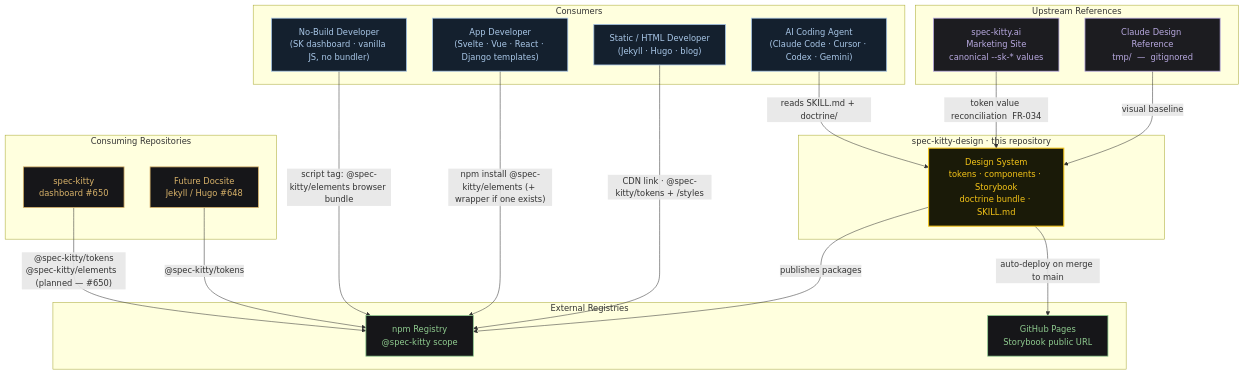
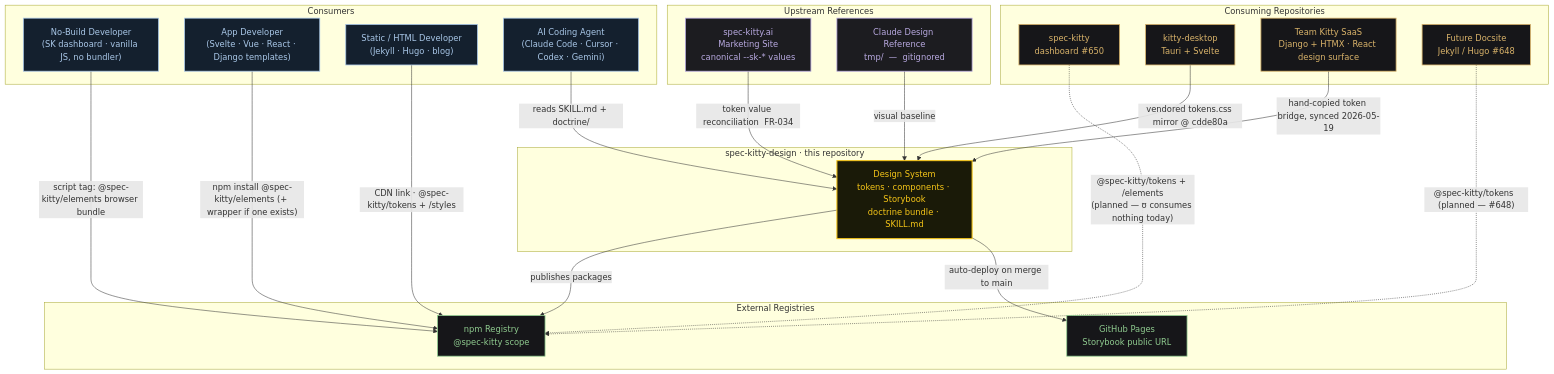
The diagram in docs/architecture/assets/c4-l1-system-context.mmd (spec-kitty/spec-kitty-design), drawn with Mermaid before and after one commit. The commit also changed 3 other files, not shown here.

```diff
--- a/docs/architecture/assets/c4-l1-system-context.mmd
+++ b/docs/architecture/assets/c4-l1-system-context.mmd
@@ -1,54 +1,58 @@
 %%THEME%%
 
 flowchart TB
     subgraph Consumers["Consumers"]
         nobuild_dev["No-Build Developer\n(SK dashboard · vanilla JS, no bundler)"]
         app_dev["App Developer\n(Svelte · Vue · React · Django templates)"]
         html_dev["Static / HTML Developer\n(Jekyll · Hugo · blog)"]
         agent["AI Coding Agent\n(Claude Code · Cursor · Codex · Gemini)"]
     end
 
     subgraph DS["spec-kitty-design  ·  this repository"]
         ds["Design System\ntokens · components · Storybook\ndoctrine bundle · SKILL.md"]
     end
 
     subgraph Registries["External Registries"]
         npm["npm Registry\n@spec-kitty scope"]
         pages["GitHub Pages\nStorybook public URL"]
     end
 
     subgraph Upstream["Upstream References"]
         mk["spec-kitty.ai\nMarketing Site\ncanonical --sk-* values"]
         ref["Claude Design Reference\ntmp/  —  gitignored"]
     end
 
     subgraph Downstream["Consuming Repositories"]
         sk_repo["spec-kitty\ndashboard  #650"]
+        desktop["kitty-desktop\nTauri + Svelte"]
+        saas["Team Kitty SaaS\nDjango + HTMX · React design surface"]
         docsite["Future Docsite\nJekyll / Hugo  #648"]
     end
 
     nobuild_dev -->|"script tag: @spec-kitty/elements browser bundle"| npm
     app_dev -->|"npm install @spec-kitty/elements (+ wrapper if one exists)"| npm
     html_dev -->|"CDN link · @spec-kitty/tokens + /styles"| npm
     agent -->|"reads SKILL.md + doctrine/"| ds
 
     ds -->|"publishes packages"| npm
     ds -->|"auto-deploy on merge to main"| pages
 
     mk -->|"token value reconciliation  FR-034"| ds
     ref -->|"visual baseline"| ds
 
-    sk_repo -->|"@spec-kitty/tokens\n@spec-kitty/elements  (planned — #650)"| npm
-    docsite -->|"@spec-kitty/tokens"| npm
+    sk_repo -.->|"@spec-kitty/tokens + /elements\n(planned — #650; consumes nothing today)"| npm
+    docsite -.->|"@spec-kitty/tokens  (planned — #648)"| npm
+    desktop -->|"vendored tokens.css mirror @ cdde80a"| ds
+    saas -->|"hand-copied token bridge, synced 2026-05-19"| ds
 
     classDef consumer fill:#14202E,stroke:#A9C7E8,color:#A9C7E8,stroke-width:1.5px
     classDef core fill:#1a1a08,stroke:#F5C518,color:#F5C518,stroke-width:2px
     classDef registry fill:#161619,stroke:#8FCB8F,color:#8FCB8F,stroke-width:1.5px
     classDef upstream fill:#1C1C20,stroke:#B8A9E0,color:#B8A9E0,stroke-width:1.5px
     classDef downstream fill:#161619,stroke:#D9B36A,color:#D9B36A,stroke-width:1.5px
 
     class nobuild_dev,app_dev,html_dev,agent consumer
     class ds core
     class npm,pages registry
     class mk,ref upstream
-    class sk_repo,docsite downstream
+    class sk_repo,desktop,saas,docsite downstream
```
